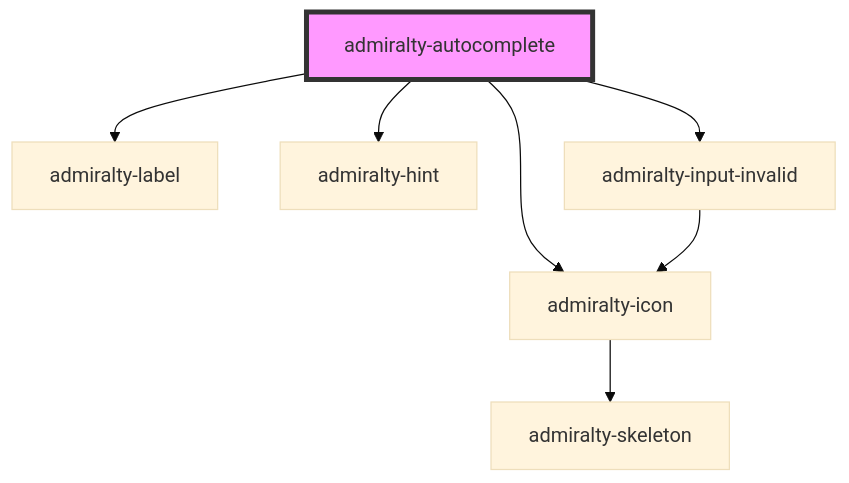
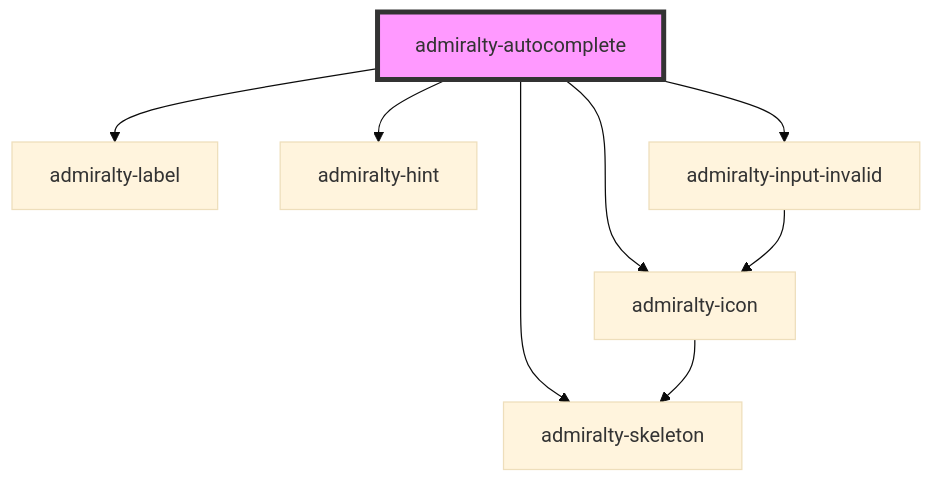
Before and after one commit to UKHO/admiralty-design-system: the diagram in packages/core/src/components/autocomplete/readme.md, drawn with Mermaid (base theme). The commit also changed other lines of this file and 7 other files, not shown here.

````diff
--- a/packages/core/src/components/autocomplete/readme.md
+++ b/packages/core/src/components/autocomplete/readme.md
@@ -52,10 +76,11 @@
 ```mermaid
 graph TD;
+  admiralty-autocomplete --> admiralty-skeleton
   admiralty-autocomplete --> admiralty-label
   admiralty-autocomplete --> admiralty-hint
   admiralty-autocomplete --> admiralty-icon
   admiralty-autocomplete --> admiralty-input-invalid
   admiralty-icon --> admiralty-skeleton
   admiralty-input-invalid --> admiralty-icon
   style admiralty-autocomplete fill:#f9f,stroke:#333,stroke-width:4px
 ```
````
